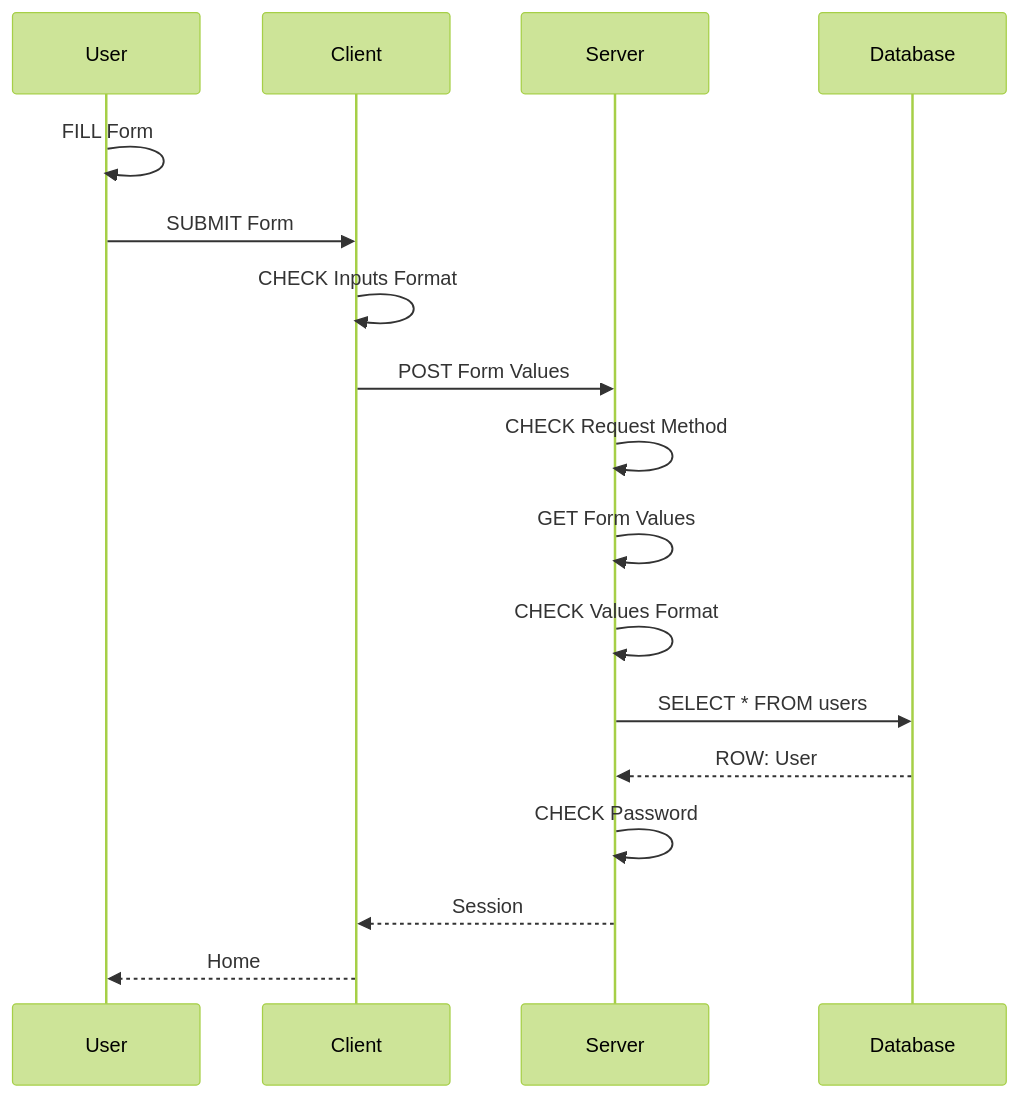
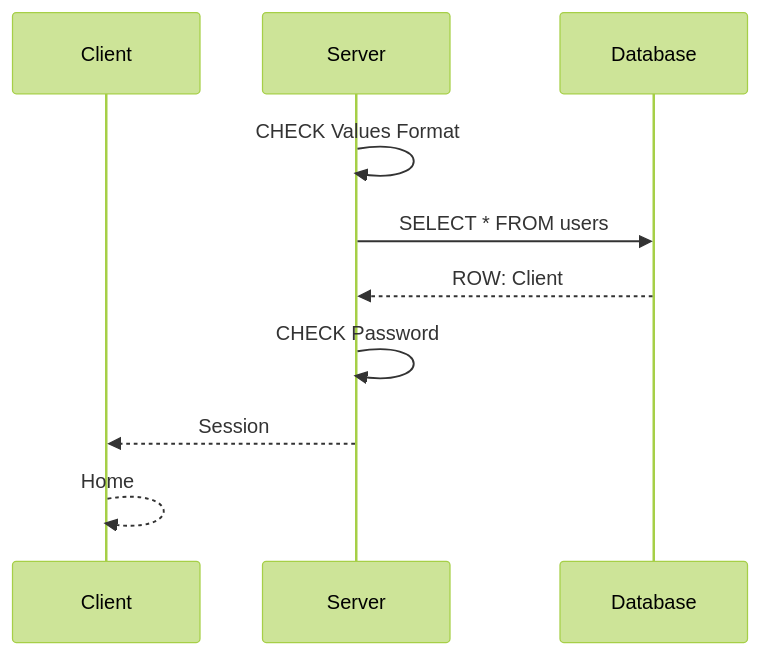
Before and after one commit to mamadbah2/social-network: the third of 4 diagrams in README.md, drawn with Mermaid (forest theme). The commit also changed other lines of this file and 5 other files, not shown here.

````diff
--- a/README.md
+++ b/README.md
@@ -478,20 +475,13 @@
 ```mermaid
 sequenceDiagram
-    Participant User
     Participant Client
     Participant Server
     Participant Database
 
-    User ->> User: FILL Form
-    User ->> Client: SUBMIT Form
-    Client ->> Client: CHECK Inputs Format
-    Client ->> Server: POST Form Values
-    Server ->> Server: CHECK Request Method
-    Server ->> Server: GET Form Values
     Server ->> Server: CHECK Values Format
     Server ->> Database: SELECT * FROM users
-    Database -->> Server: ROW: User
+    Database -->> Server: ROW: Client
     Server ->> Server: CHECK Password
     Server -->> Client: Session
-    Client -->> User: Home
+    Client -->> Client: Home
 ```
````
